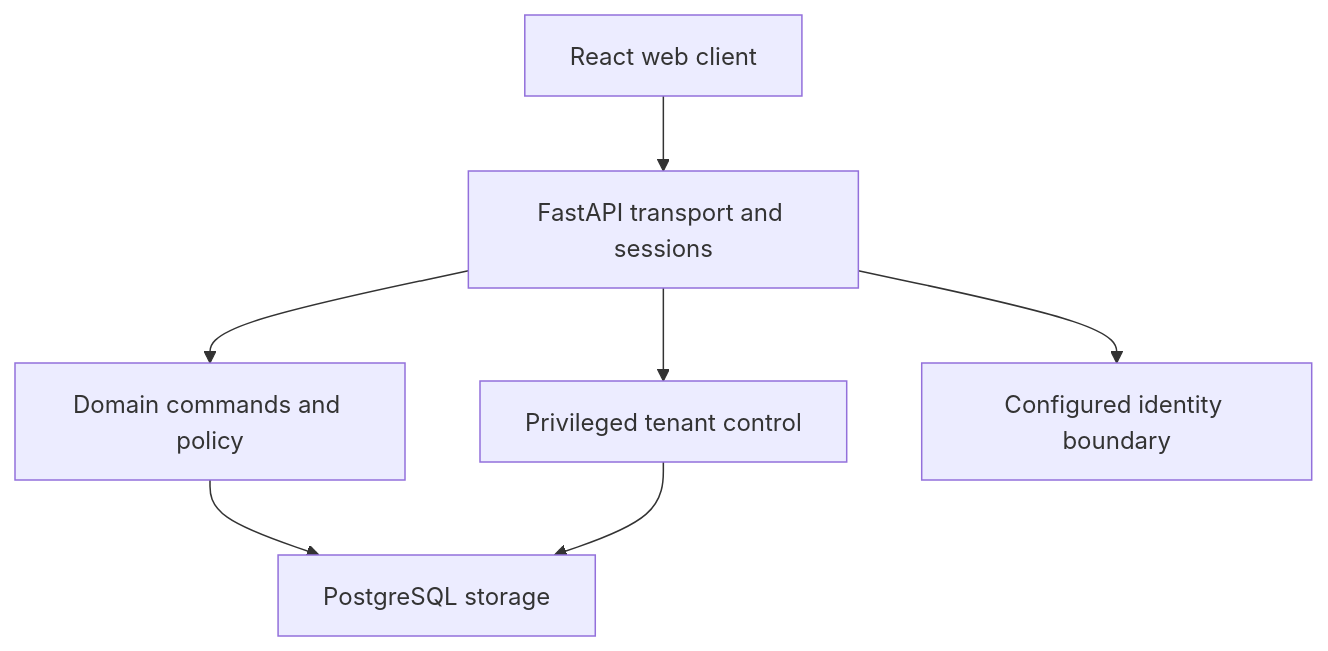
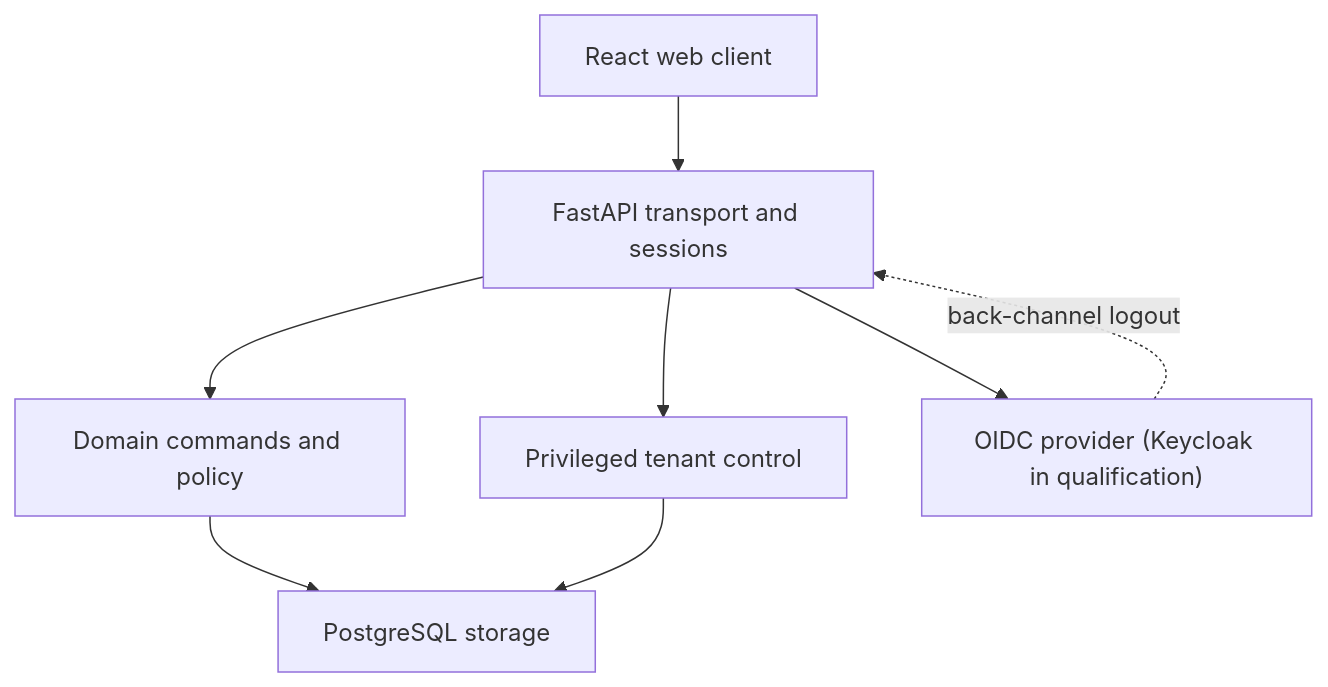
The first of 4 diagrams in docs/current/ARCHITECTURE-CURRENT.md (nakul175/impact-platform), drawn with Mermaid before and after one commit. The commit also changed other lines of this file and 36 other files, not shown here.

````diff
--- a/docs/current/ARCHITECTURE-CURRENT.md
+++ b/docs/current/ARCHITECTURE-CURRENT.md
@@ -5,9 +5,10 @@
 ```mermaid
 flowchart TD
     W["React web client"] --> A["FastAPI transport and sessions"]
     A --> D["Domain commands and policy"]
     A --> C["Privileged tenant control"]
     D --> S["PostgreSQL storage"]
     C --> S
-    A --> I["Configured identity boundary"]
+    A --> I["OIDC provider (Keycloak in qualification)"]
+    I -. "back-channel logout" .-> A
 ```
````
